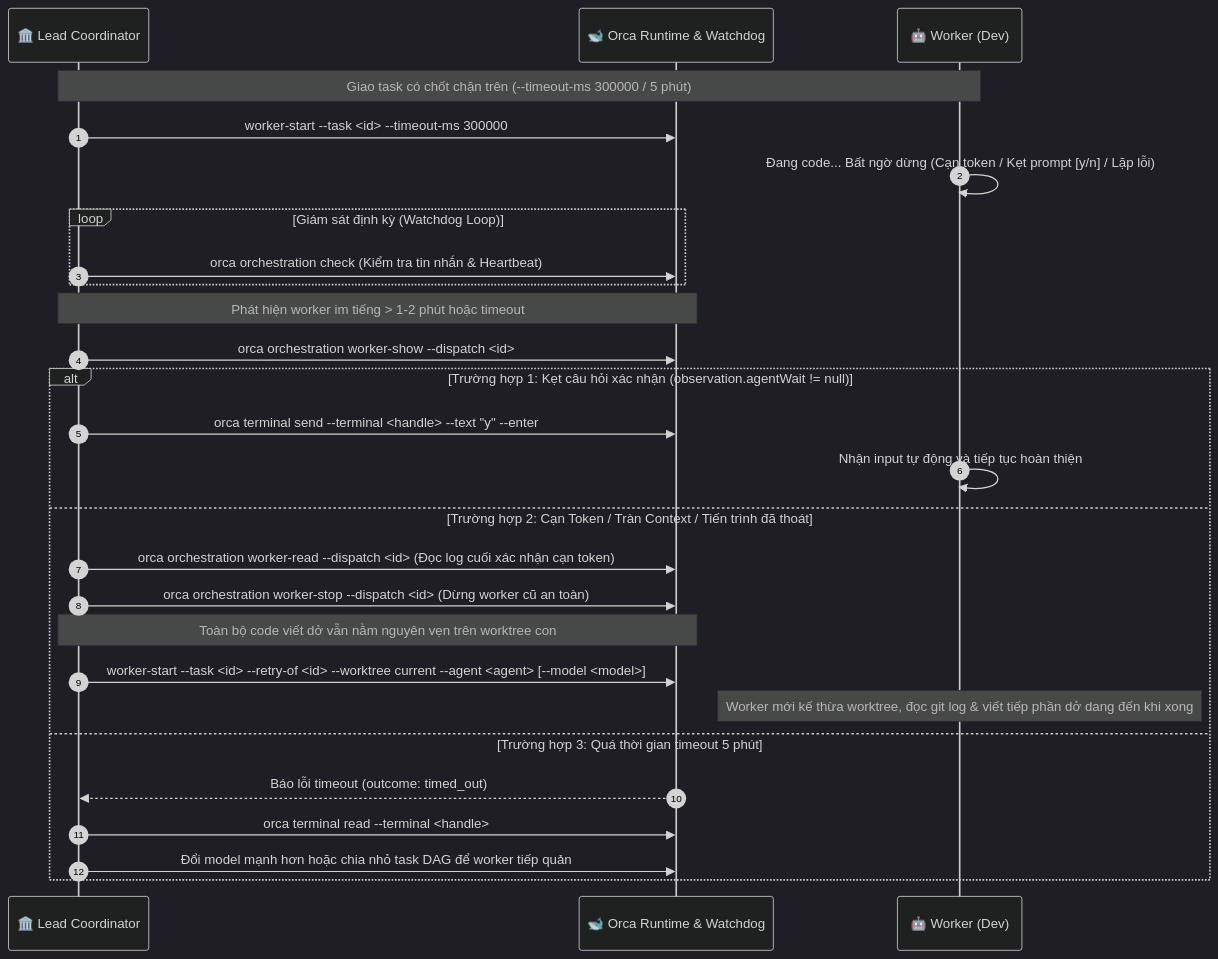
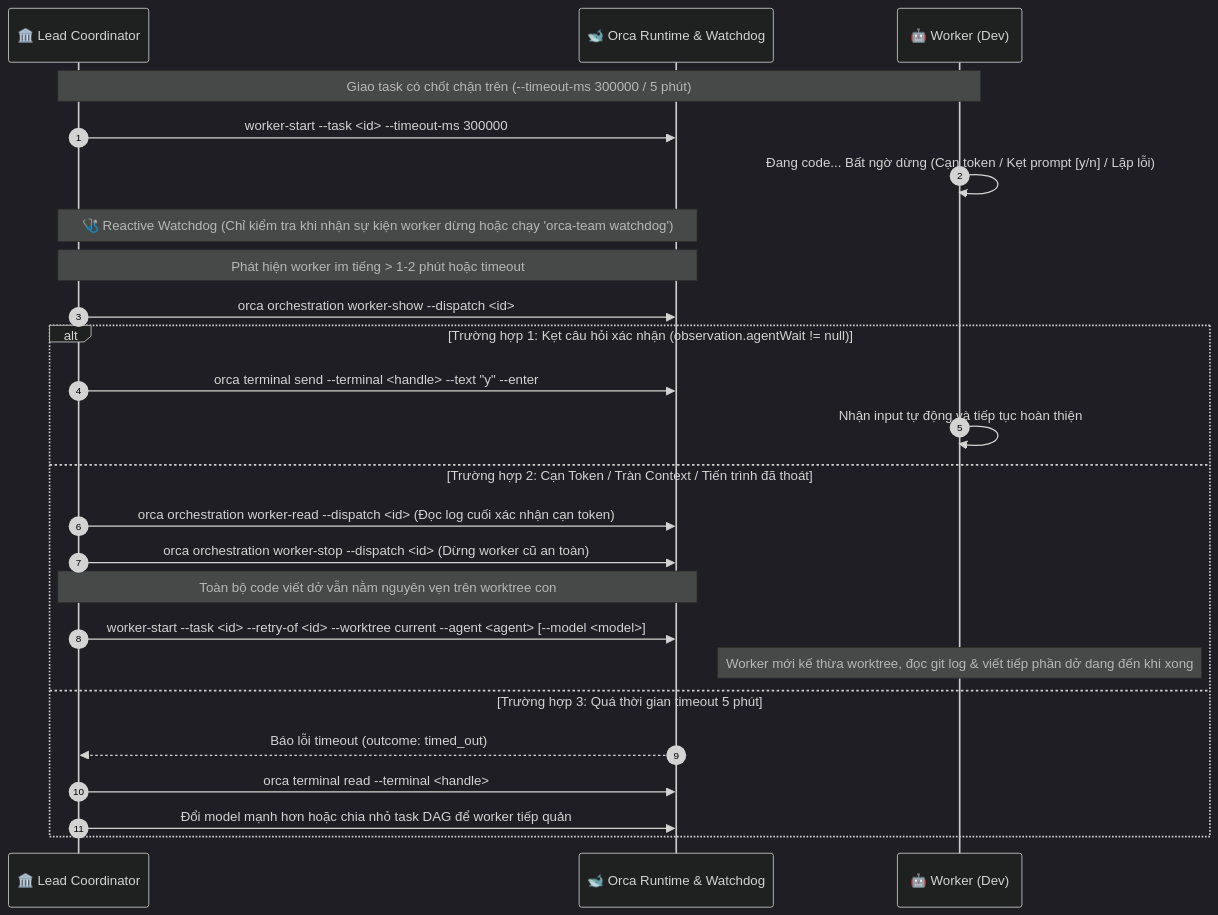
One commit to thapld/orca-multi-agent-orchestrator changed the seventh of 7 diagrams in docs/workflows.md. Above: the diagram before and after it, drawn with Mermaid (dark theme). The commit also changed other lines of this file and 3 other files, not shown here.

Commit message:
fix(token-economy): ignore .orca runtime in git, remove diagram polling loops, and mandate frugal dispatch

````diff
--- a/docs/workflows.md
+++ b/docs/workflows.md
@@ -197,34 +194,31 @@
 ```mermaid
 sequenceDiagram
     autonumber
     participant Lead as 🏛️ Lead Coordinator
     participant Orca as 🐋 Orca Runtime & Watchdog
     participant Worker as 🤖 Worker (Dev)
 
     Note over Lead,Worker: Giao task có chốt chặn trên (--timeout-ms 300000 / 5 phút)
     Lead->>Orca: worker-start --task <id> --timeout-ms 300000
 
     Worker->>Worker: Đang code... Bất ngờ dừng (Cạn token / Kẹt prompt [y/n] / Lặp lỗi)
     
-    loop Giám sát định kỳ (Watchdog Loop)
-        Lead->>Orca: orca orchestration check (Kiểm tra tin nhắn & Heartbeat)
-    end
-
+    Note over Lead,Orca: 🩺 Reactive Watchdog (Chỉ kiểm tra khi nhận sự kiện worker dừng hoặc chạy 'orca-team watchdog')
     Note over Lead,Orca: Phát hiện worker im tiếng > 1-2 phút hoặc timeout
     Lead->>Orca: orca orchestration worker-show --dispatch <id>
     
     alt Trường hợp 1: Kẹt câu hỏi xác nhận (observation.agentWait != null)
         Lead->>Orca: orca terminal send --terminal <handle> --text "y" --enter
         Worker->>Worker: Nhận input tự động và tiếp tục hoàn thiện
     else Trường hợp 2: Cạn Token / Tràn Context / Tiến trình đã thoát
         Lead->>Orca: orca orchestration worker-read --dispatch <id> (Đọc log cuối xác nhận cạn token)
         Lead->>Orca: orca orchestration worker-stop --dispatch <id> (Dừng worker cũ an toàn)
         Note over Lead,Orca: Toàn bộ code viết dở vẫn nằm nguyên vẹn trên worktree con
         Lead->>Orca: worker-start --task <id> --retry-of <id> --worktree current --agent <agent> [--model <model>]
         Note over Worker: Worker mới kế thừa worktree, đọc git log & viết tiếp phần dở dang đến khi xong
     else Trường hợp 3: Quá thời gian timeout 5 phút
         Orca-->>Lead: Báo lỗi timeout (outcome: timed_out)
         Lead->>Orca: orca terminal read --terminal <handle>
         Lead->>Orca: Đổi model mạnh hơn hoặc chia nhỏ task DAG để worker tiếp quản
     end
 ```
````
